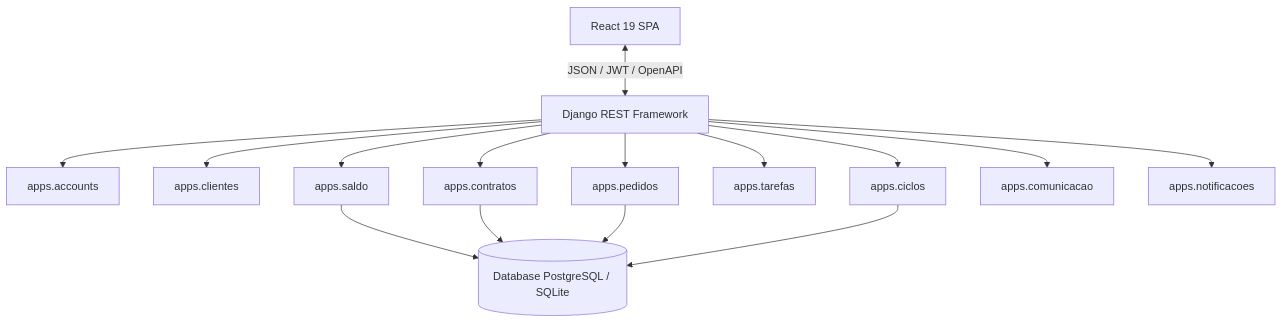
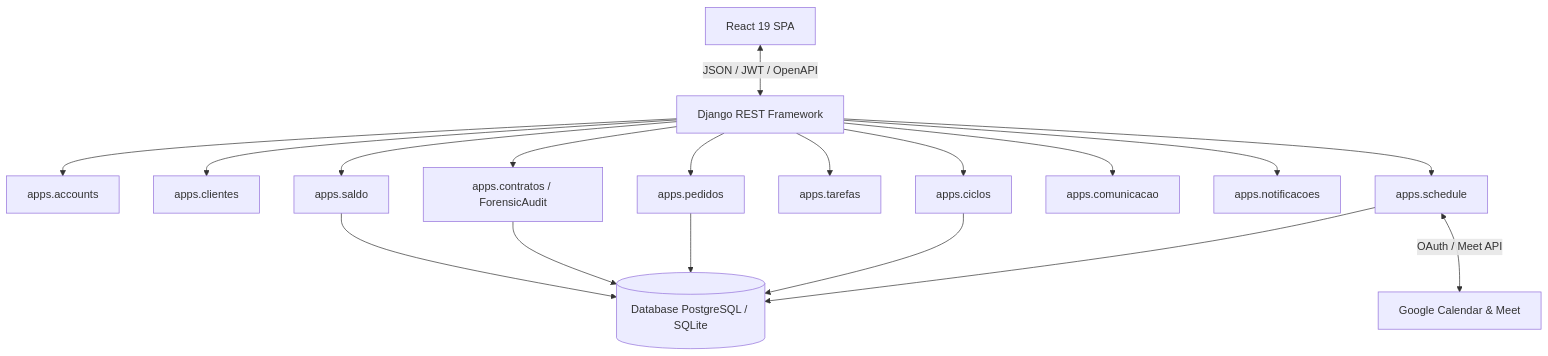
One commit to andresouza72br-sketch/SHM---Support-Hours-Manage changed the first of 5 diagrams in ARCHITECTURE.md. Above: the diagram before and after it, drawn with Mermaid. The commit also changed other lines of this file, not shown here.

First line of the commit message:
docs(architecture): documentar fita DNA, imutabilidade, schedule e documentacao pericial

````diff
--- a/ARCHITECTURE.md
+++ b/ARCHITECTURE.md
@@ -7,18 +7,21 @@
 ```mermaid
 graph TD
     Client[React 19 SPA] <-->|JSON / JWT / OpenAPI| API[Django REST Framework]
     API --> Accounts[apps.accounts]
     API --> Clientes[apps.clientes]
-    API --> Contratos[apps.contratos]
+    API --> Contratos[apps.contratos / ForensicAudit]
     API --> Pedidos[apps.pedidos]
     API --> Ciclos[apps.ciclos]
     API --> Tarefas[apps.tarefas]
     API --> Saldo[apps.saldo]
     API --> Comunicacao[apps.comunicacao]
     API --> Notificacoes[apps.notificacoes]
+    API --> Schedule[apps.schedule]
     
+    Schedule <-->|OAuth / Meet API| GCalendar[Google Calendar & Meet]
     Saldo --> DB[(Database PostgreSQL / SQLite)]
     Contratos --> DB
     Pedidos --> DB
     Ciclos --> DB
+    Schedule --> DB
 ```
````
